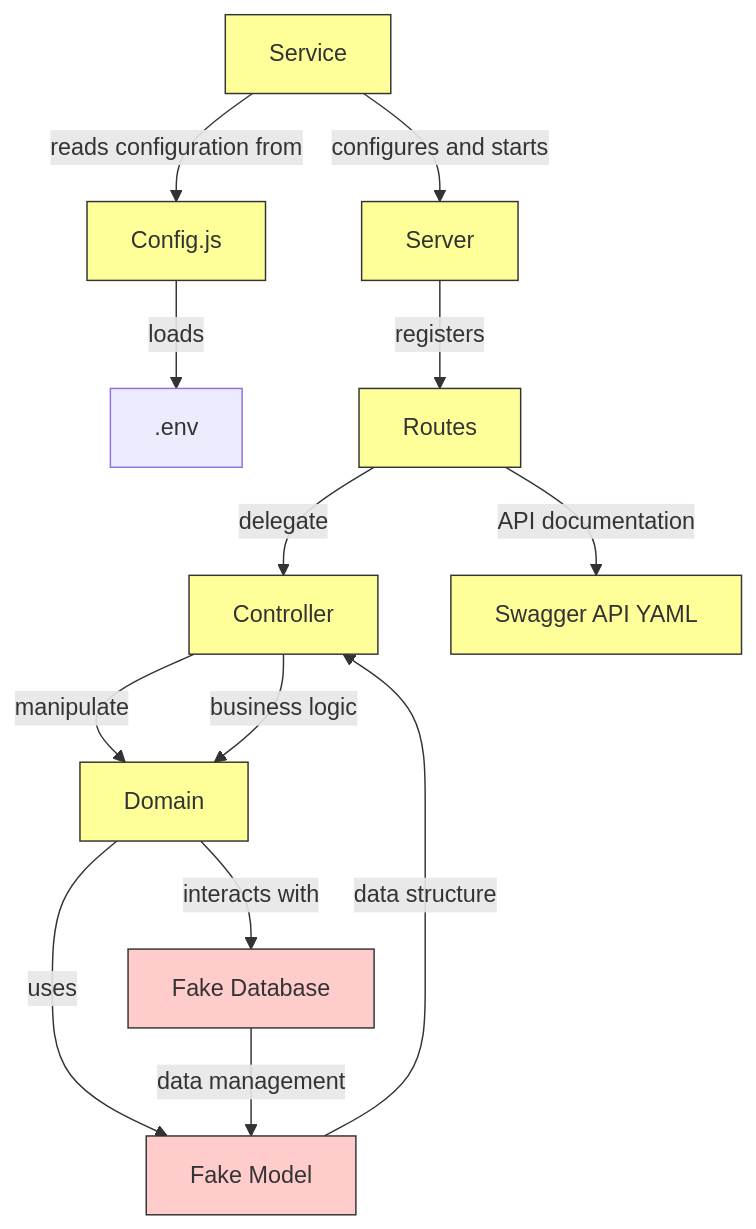
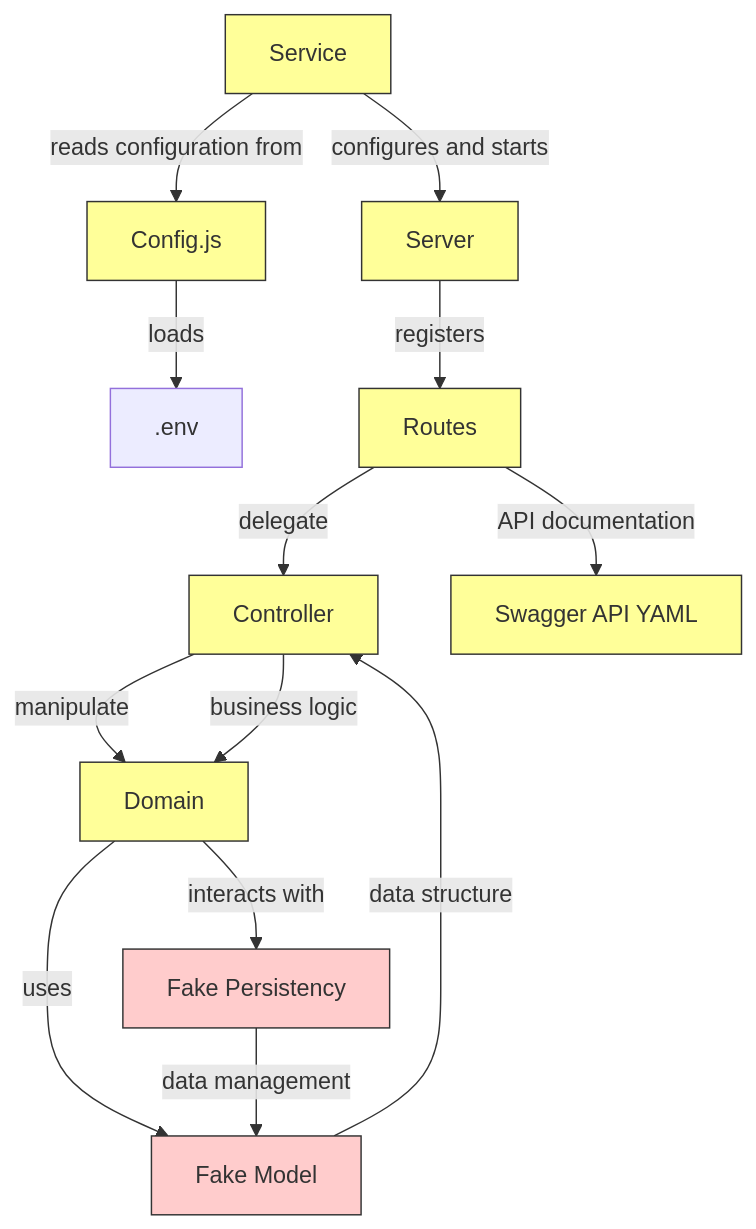
Before and after one commit to miwashi-edu/edu-fake-microservice: the diagram in README.md, drawn with Mermaid.

````diff
--- a/README.md
+++ b/README.md
@@ -10,21 +10,21 @@
 ```mermaid
 graph TD
     Service -->|reads configuration from| Config[Config.js]
     Config -->|loads| Env[.env]
     Service -->|configures and starts| Server
     Server -->|registers| Routes
     Routes -->|delegate| Controller
     Routes -->|API documentation| SwaggerAPI[Swagger API YAML]
     Controller -->|manipulate| Domain
     Domain -->|uses| FakeModel[Fake Model]
     Controller -->|business logic| Domain
-    Domain -->|interacts with| FakeDB[Fake Database]
+    Domain -->|interacts with| FakeDB[Fake Persistency]
     FakeDB -->|data management| FakeModel
     FakeModel -->|data structure| Controller
 
     classDef normal fill:#ffff99,stroke:#333333,stroke-width:1px;
     class Service,Server,Routes,SwaggerAPI,Controller,Domain,Config normal;
 
     classDef faked fill:#ffcccc,stroke:#333333,stroke-width:1px;
     class FakeDB,FakeModel faked;
 ```
````
